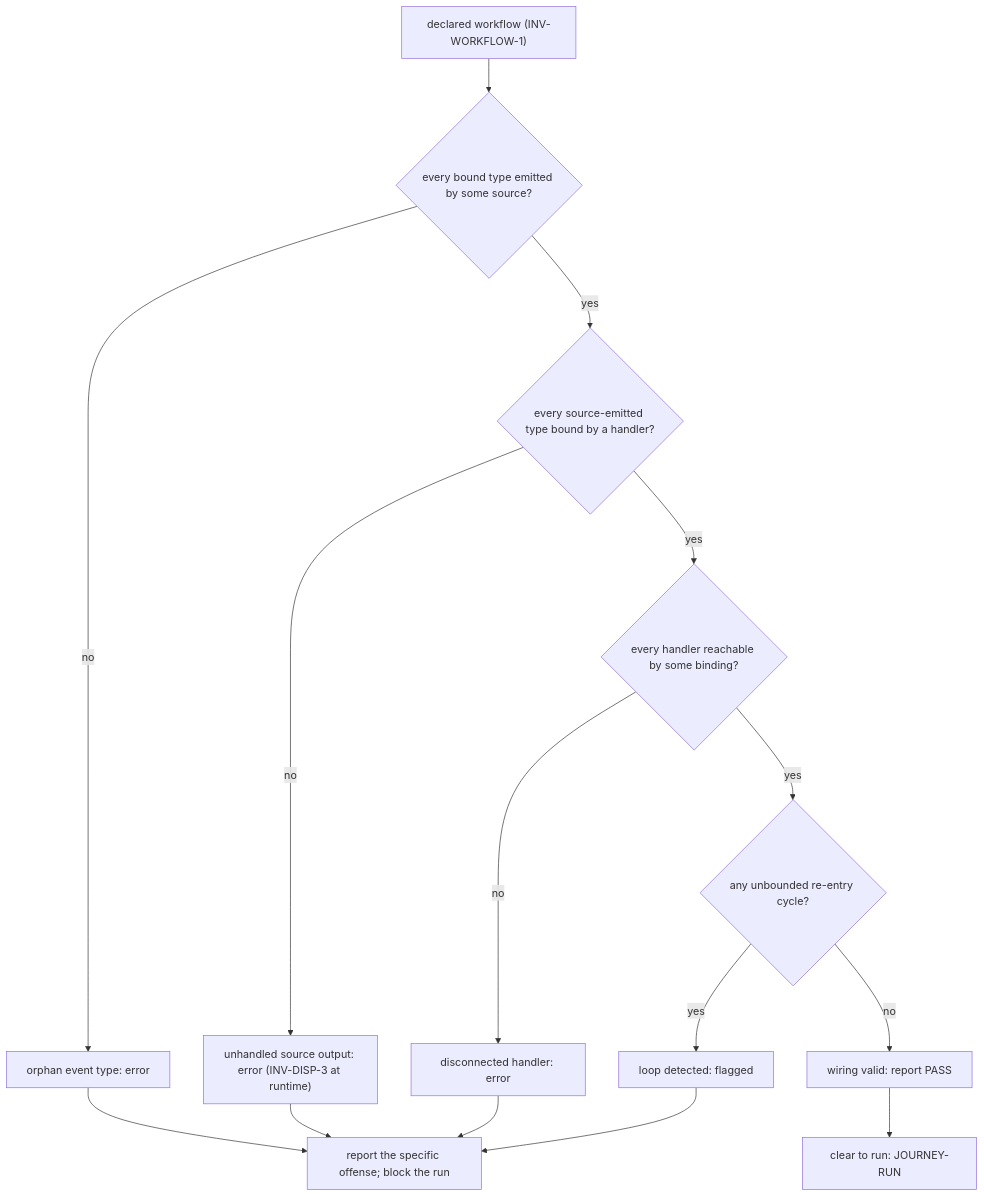
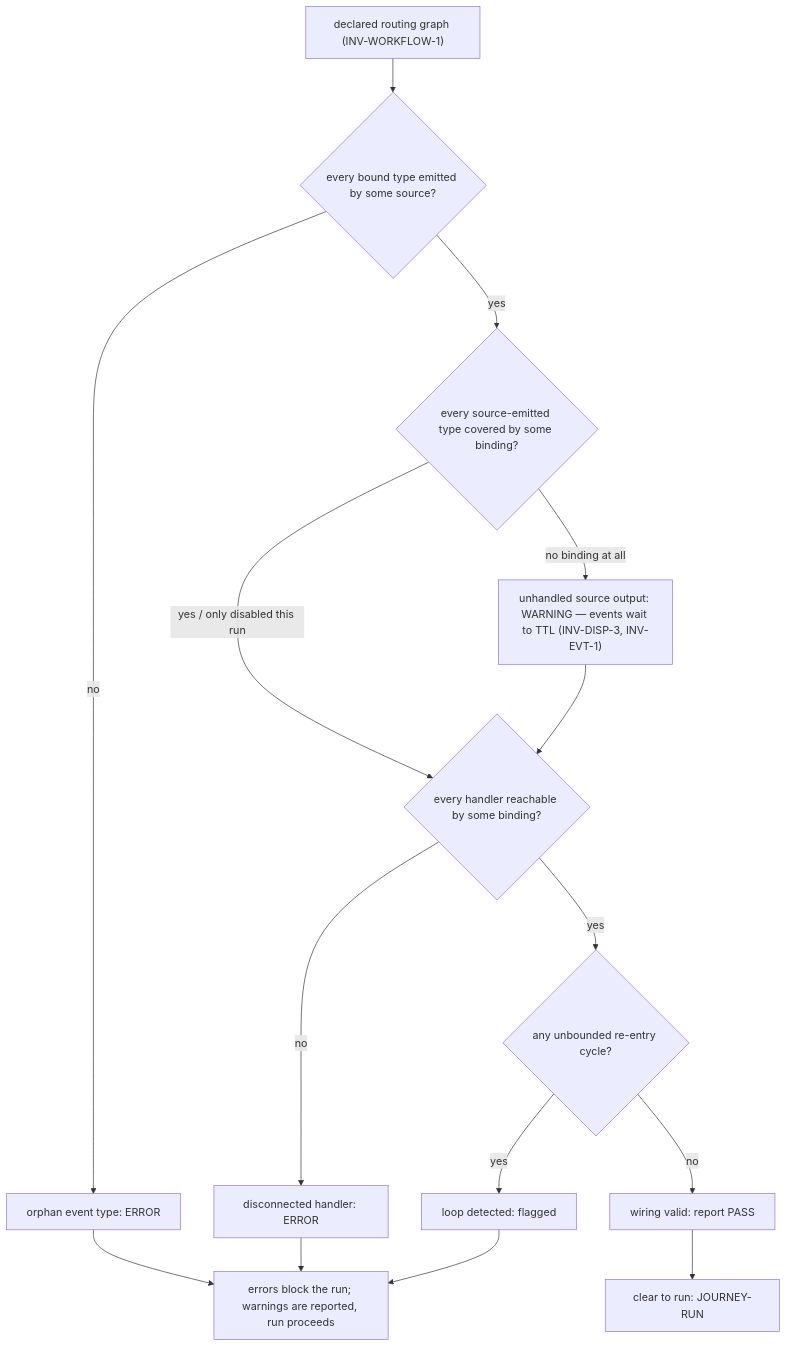
The fourth of 13 diagrams in packages/pr-pool/docs/behavior/journeys.md (phillipgreenii/nix-agent-support), drawn with Mermaid before and after one commit. The commit also changed other lines of this file and 5 other files, not shown here.

````diff
--- a/packages/pr-pool/docs/behavior/journeys.md
+++ b/packages/pr-pool/docs/behavior/journeys.md
@@ -215,17 +224,17 @@
 ```mermaid
 flowchart TD
-    wf["declared workflow (INV-WORKFLOW-1)"] --> c1{"every bound type emitted by some source?"}
-    c1 -->|no| e1["orphan event type: error"]
-    c1 -->|yes| c2{"every source-emitted type bound by a handler?"}
-    c2 -->|no| e2["unhandled source output: error (INV-DISP-3 at runtime)"]
-    c2 -->|yes| c3{"every handler reachable by some binding?"}
-    c3 -->|no| e3["disconnected handler: error"]
+    wf["declared routing graph (INV-WORKFLOW-1)"] --> c1{"every bound type emitted by some source?"}
+    c1 -->|no| e1["orphan event type: ERROR"]
+    c1 -->|yes| c2{"every source-emitted type covered by some binding?"}
+    c2 -->|"no binding at all"| w2["unhandled source output: WARNING — events wait to TTL (INV-DISP-3, INV-EVT-1)"]
+    c2 -->|"yes / only disabled this run"| c3{"every handler reachable by some binding?"}
+    w2 --> c3
+    c3 -->|no| e3["disconnected handler: ERROR"]
     c3 -->|yes| c4{"any unbounded re-entry cycle?"}
     c4 -->|yes| e4["loop detected: flagged"]
     c4 -->|no| ok["wiring valid: report PASS"]
-    e1 --> rep["report the specific offense; block the run"]
-    e2 --> rep
+    e1 --> rep["errors block the run; warnings are reported, run proceeds"]
     e3 --> rep
     e4 --> rep
     ok --> run["clear to run: JOURNEY-RUN"]
 ```
````
